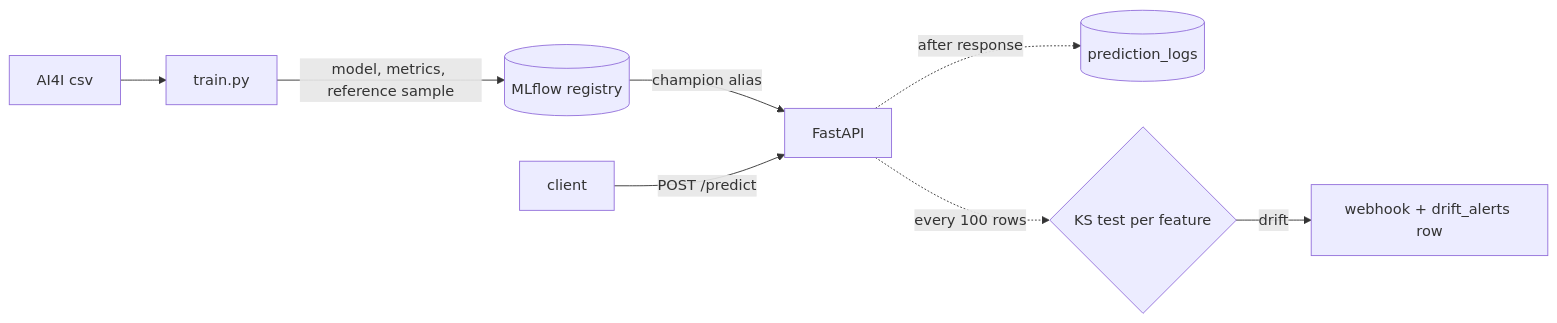
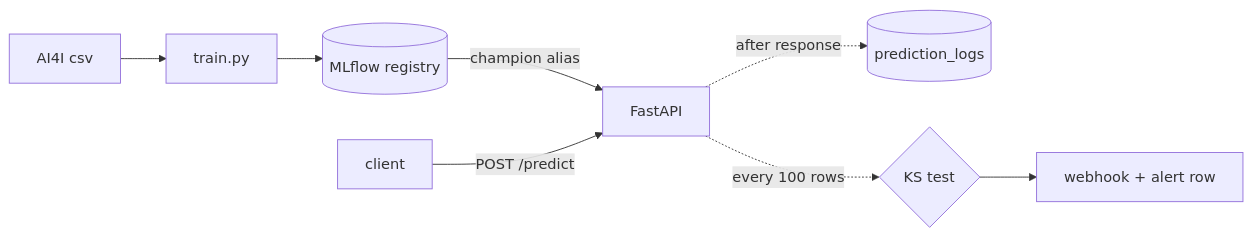
The diagram in README.md (Srijareddy123/ml-inference-pipeline), drawn with Mermaid before and after one commit. The commit also changed other lines of this file and 1 other file, not shown here.

````diff
--- a/README.md
+++ b/README.md
@@ -33,10 +24,7 @@
 ```mermaid
 flowchart LR
-    CSV[AI4I csv] --> T[train.py]
-    T -->|model, metrics, reference sample| M[(MLflow registry)]
-    M -->|champion alias| A[FastAPI]
+    CSV[AI4I csv] --> T[train.py] --> M[(MLflow registry)] -->|champion alias| A[FastAPI]
     C[client] -->|POST /predict| A
     A -.->|after response| P[(prediction_logs)]
-    A -.->|every 100 rows| D{KS test per feature}
-    D -->|drift| W[webhook + drift_alerts row]
+    A -.->|every 100 rows| D{KS test} --> W[webhook + alert row]
 ```
````
